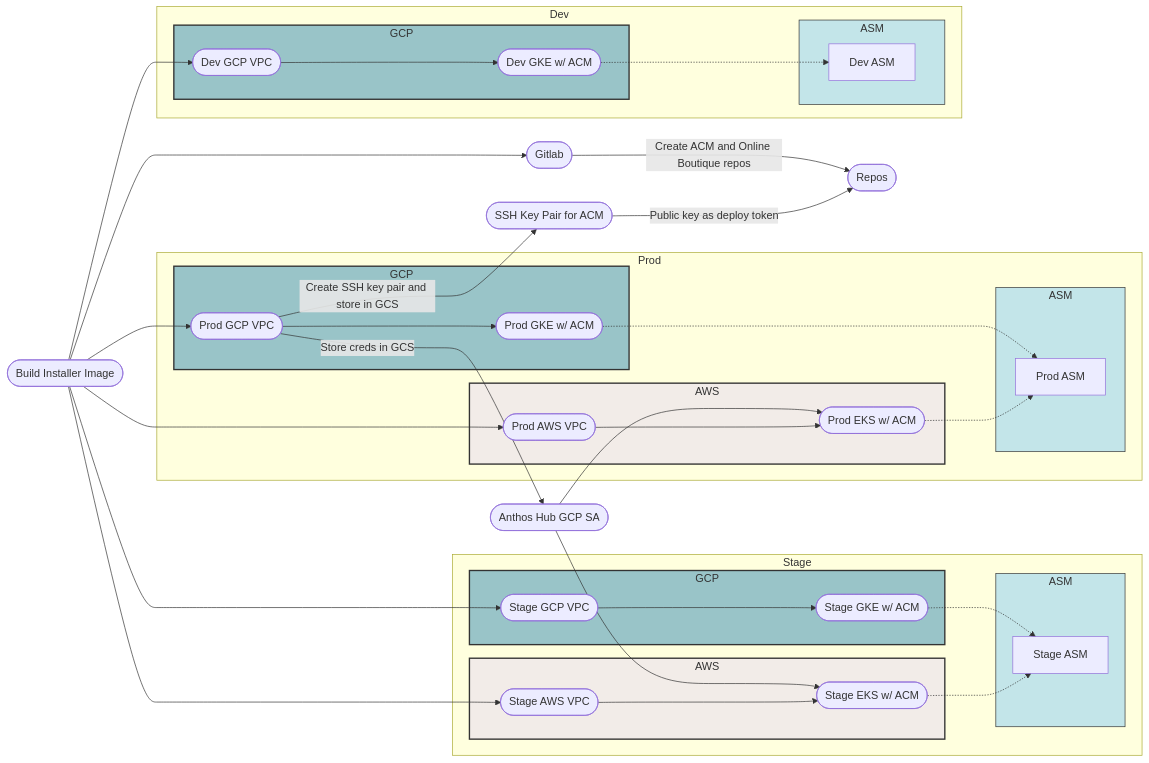
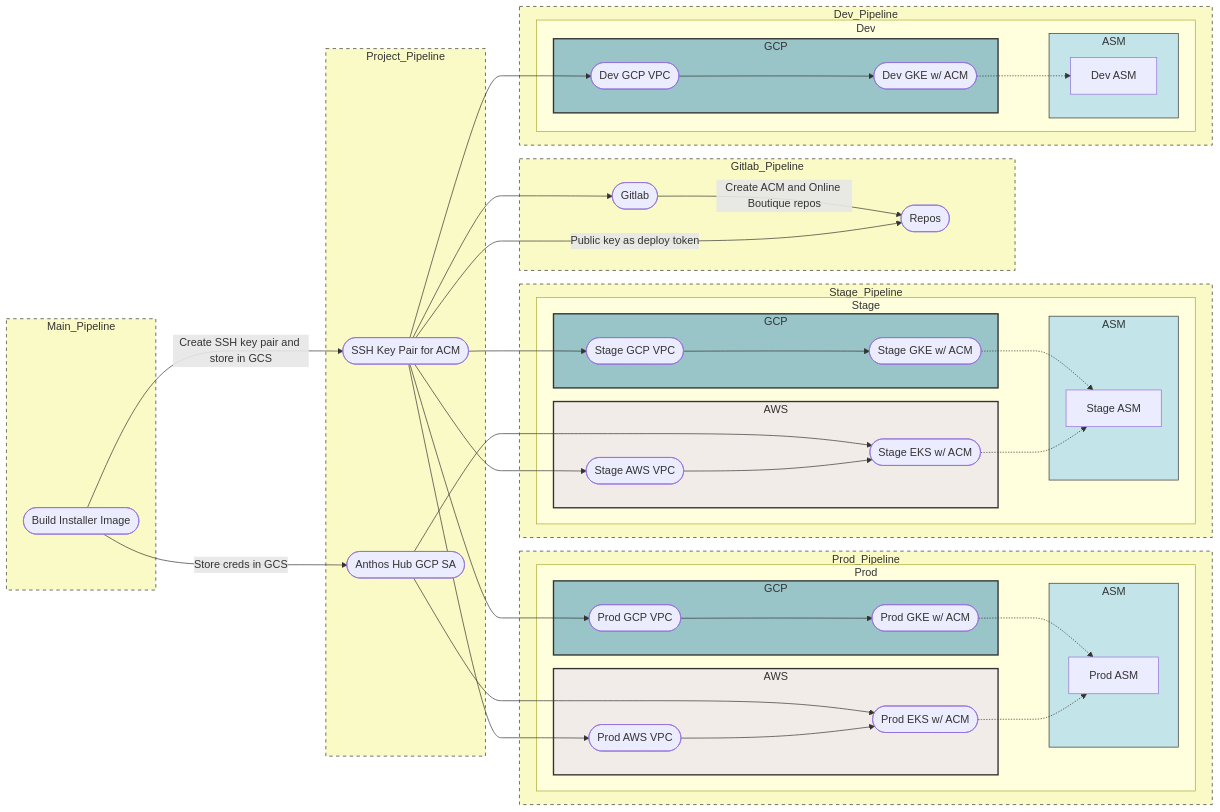
One commit to swalker-sada/anthos-practice changed the third of 4 diagrams in README.md. Above: the diagram before and after it, drawn with Mermaid. The commit also changed other lines of this file and 62 other files, not shown here.

````diff
--- a/README.md
+++ b/README.md
@@ -134,6 +169,7 @@
 classDef aws fill:#F2ECE8,stroke:#333,stroke-width:2px;
 classDef gcp fill:#99C4C8,stroke:#333,stroke-width:2px;
 classDef mesh fill:#C3E5E9,stroke:#333,stroke-width:1px;
+classDef anthos fill:#FAFAC6,stroke:#333,stroke-width:1px,stroke-dasharray: 5 5;
 
 installer([Build Installer Image])
 
@@ -159,66 +195,81 @@
 stageasm[Stage ASM]
 devasm[Dev ASM]
 
-installer --> prodgcpvpc
-installer --> prodawsvpc
+ssh_key --> prodgcpvpc
+ssh_key --> prodawsvpc
 
-installer --> stagegcpvpc
-installer --> stageawsvpc
+ssh_key --> stagegcpvpc
+ssh_key --> stageawsvpc
 
-installer --> devgcpvpc
+ssh_key --> devgcpvpc
 
-installer --> gitlab -->|Create ACM and Online Boutique repos| repos 
-%%repos --> prodgke
-%%repos --> stagegke
-%%repos --> devgke
+ssh_key --> gitlab -->|Create ACM and Online Boutique repos| repos
 
-%%repos --> prodeks
-%%repos --> stageeks
-
-prodgcpvpc -->|Store creds in GCS| hub_gsa
-prodgcpvpc -->|Create SSH key pair and store in GCS| ssh_key
+installer -->|Store creds in GCS| hub_gsa
+installer -->|Create SSH key pair and store in GCS| ssh_key
 
 ssh_key -->|Public key as deploy token| repos
 
 hub_gsa --> prodeks
 hub_gsa --> stageeks
 
-subgraph Prod
-  subgraph GCP_Prod[GCP]
-    prodgcpvpc --> prodgke
-  end
-  subgraph AWS_Prod[AWS]
-    prodawsvpc --> prodeks
-  end
-  subgraph ASM_Prod[ASM]
-    prodgke -.-> prodasm
-    prodeks -.-> prodasm
-  end
-end  
+subgraph Gitlab_Pipeline
+  gitlab
+  repos
+end
 
-subgraph Stage
-  subgraph GCP_Stage[GCP]
-    stagegcpvpc --> stagegke
-  end
-  subgraph AWS_Stage[AWS]
-    stageawsvpc --> stageeks
-  end
-  subgraph ASM_Stage[ASM]
-    stagegke -.-> stageasm
-    stageeks -.-> stageasm
+subgraph Project_Pipeline
+  hub_gsa
+  ssh_key
+end
+
+subgraph Main_Pipeline
+  installer
+end
+
+subgraph Prod_Pipeline
+  subgraph Prod
+    subgraph GCP_Prod[GCP]
+      prodgcpvpc --> prodgke
+    end
+    subgraph AWS_Prod[AWS]
+      prodawsvpc --> prodeks
+    end
+    subgraph ASM_Prod[ASM]
+      prodgke -.-> prodasm
+      prodeks -.-> prodasm
+    end
   end
 end
 
-subgraph Dev
-  subgraph GCP_Dev[GCP]
-    devgcpvpc --> devgke
+subgraph Stage_Pipeline
+  subgraph Stage
+    subgraph GCP_Stage[GCP]
+      stagegcpvpc --> stagegke
+    end
+    subgraph AWS_Stage[AWS]
+      stageawsvpc --> stageeks
+    end
+    subgraph ASM_Stage[ASM]
+      stagegke -.-> stageasm
+      stageeks -.-> stageasm
+    end
   end
-  subgraph ASM_Dev[ASM]
-    devgke -.-> devasm
+end
+
+subgraph Dev_Pipeline
+  subgraph Dev
+    subgraph GCP_Dev[GCP]
+      devgcpvpc --> devgke
+    end
+    subgraph ASM_Dev[ASM]
+      devgke -.-> devasm
+    end
   end
 end
 
 class AWS_Prod,AWS_Stage aws;
 class GCP_Prod,GCP_Stage,GCP_Dev gcp;
 class ASM_Prod,ASM_Stage,ASM_Dev mesh;
+class Prod_Pipeline,Stage_Pipeline,Dev_Pipeline,Gitlab_Pipeline,Project_Pipeline,Main_Pipeline anthos;
 ```
````
